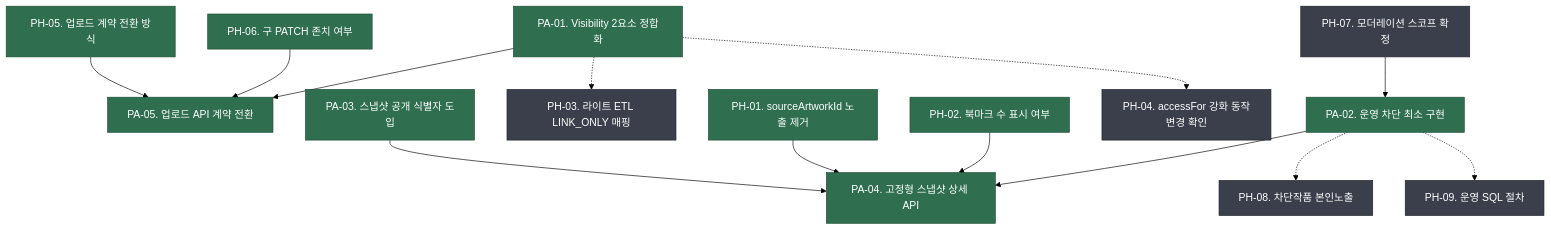
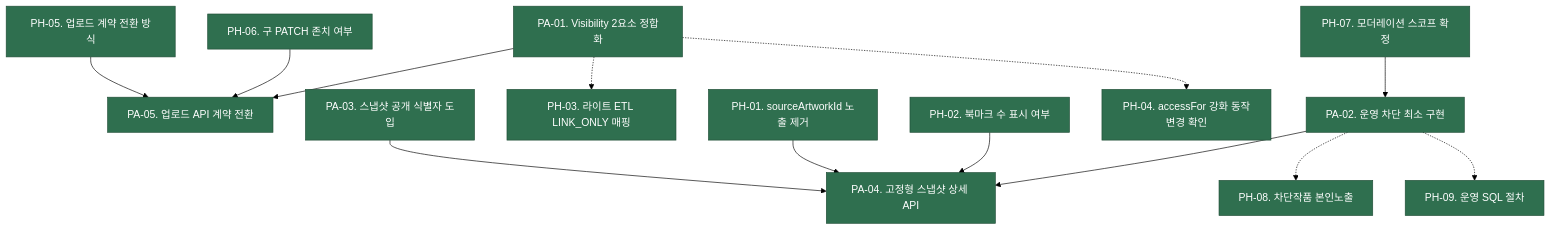
The diagram in plans/260812-portfolio-snapshot-gap/PLAN.md (pack-in/at-crew-backend), drawn with Mermaid (forest theme) before and after one commit. The commit also changed 1 other file, not shown here.

Commit message:
docs: 260812 plan PH-03·04·07·08·09 확정
- PH-03: 라이트 ETL 시 LINK_ONLY 공유 링크는 정책 전환으로 인정, 별도 보존 로직 없음
- PH-04: 비론칭 서비스라 accessFor 강화에 대한 사전 공지 불필요
- PH-07: 운영차단 최소 구현(컬럼+판정만) 스코프 확정, 관리자 API는 로드맵 8번 유지
- PH-08: 차단 작품은 본인에게 열람 허용+배지로 확정
- PH-09: 운영 매뉴얼 문서화로 종결

plans/260812-portfolio-snapshot-gap 전체 PA·PH 완료

````diff
--- a/plans/260812-portfolio-snapshot-gap/PLAN.md
+++ b/plans/260812-portfolio-snapshot-gap/PLAN.md
@@ -1,36 +1,35 @@
 ```mermaid
 graph TD
     PA01["PA-01. Visibility 2요소 정합화"]
     PA02["PA-02. 운영 차단 최소 구현"]
     PA03["PA-03. 스냅샷 공개 식별자 도입"]
     PA04["PA-04. 고정형 스냅샷 상세 API"]
     PA05["PA-05. 업로드 API 계약 전환"]
     PH01["PH-01. sourceArtworkId 노출 제거"]
     PH02["PH-02. 북마크 수 표시 여부"]
     PH03["PH-03. 라이트 ETL LINK_ONLY 매핑"]
     PH04["PH-04. accessFor 강화 동작변경 확인"]
     PH05["PH-05. 업로드 계약 전환 방식"]
     PH06["PH-06. 구 PATCH 존치 여부"]
     PH07["PH-07. 모더레이션 스코프 확정"]
     PH08["PH-08. 차단작품 본인노출"]
     PH09["PH-09. 운영 SQL 절차"]
 
     PA03 --> PA04
     PA02 --> PA04
     PA01 --> PA05
     PH01 --> PA04
     PH02 --> PA04
     PH05 --> PA05
     PH06 --> PA05
     PH07 --> PA02
     PA01 -.-> PH03
     PA01 -.-> PH04
     PA02 -.-> PH08
     PA02 -.-> PH09
 
     classDef done fill:#2f6f4f,color:#fff,stroke:#1f4d36
     classDef inprogress fill:#8a6d1e,color:#fff,stroke:#5c4a14
     classDef pending fill:#3a3f4b,color:#fff,stroke:#20232b
-    class PA01,PA02,PA03,PA04,PA05,PH01,PH02,PH05,PH06 done
-    class PH03,PH04,PH07,PH08,PH09 pending
+    class PA01,PA02,PA03,PA04,PA05,PH01,PH02,PH03,PH04,PH05,PH06,PH07,PH08,PH09 done
 ```
````
